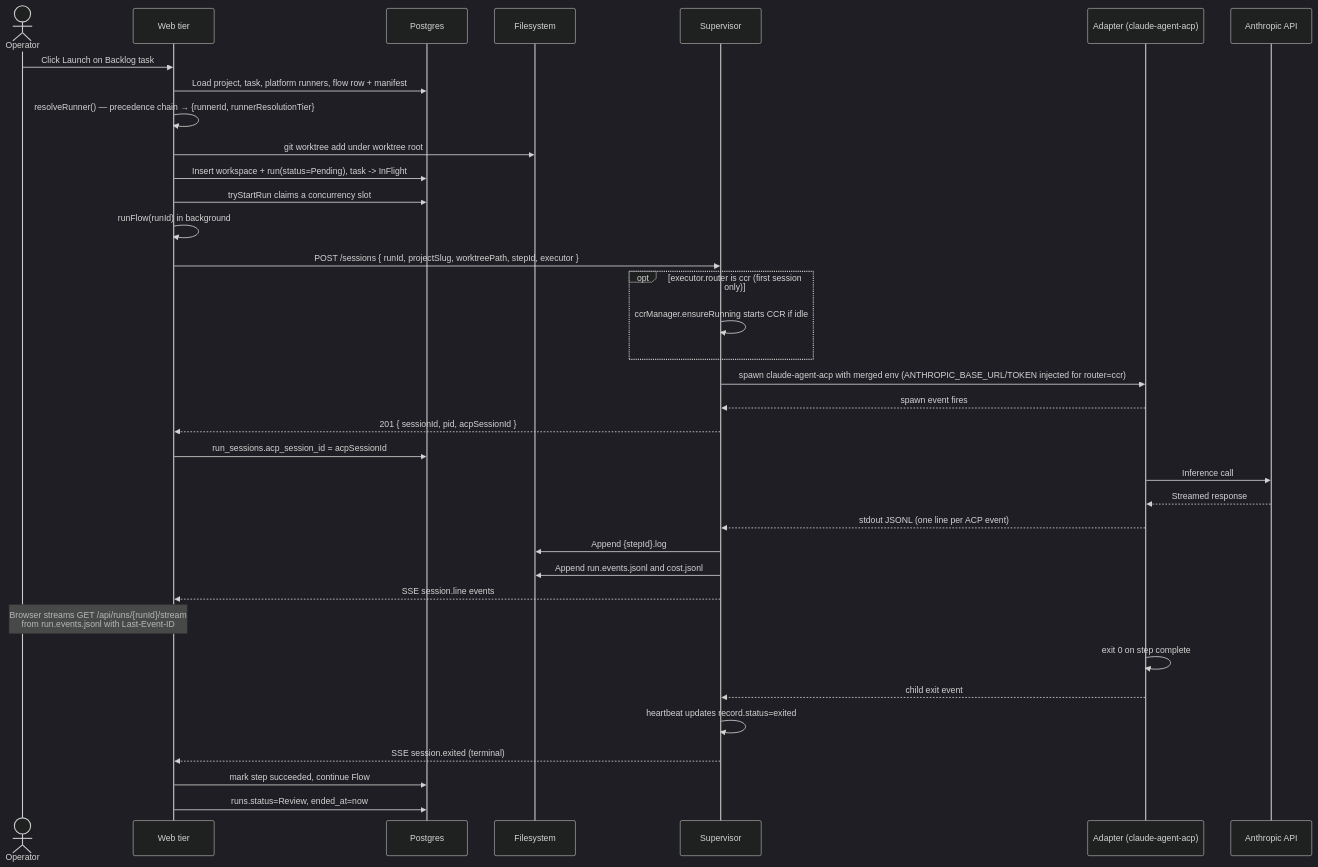
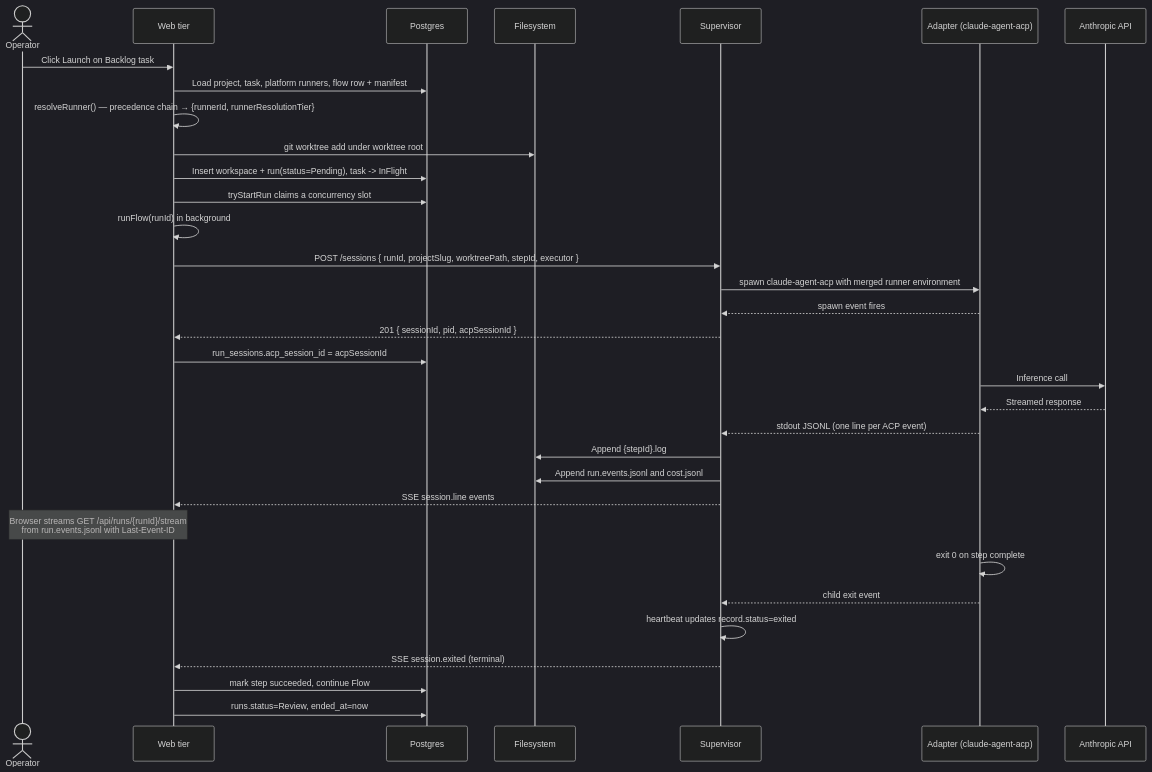
The fifth of 7 diagrams in docs/architecture.md (maister-dev/maister), drawn with Mermaid (dark theme) before and after one commit. The commit also changed other lines of this file and 228 other files, not shown here.

First line of the commit message:
feat(runners)!: remove managed Claude Code Router support

````diff
--- a/docs/architecture.md
+++ b/docs/architecture.md
@@ -315,42 +309,39 @@
 ```mermaid
 sequenceDiagram
     actor U as Operator
     participant W as Web tier
     participant DB as Postgres
     participant FS as Filesystem
     participant S as Supervisor
     participant A as Adapter (claude-agent-acp)
     participant LLM as Anthropic API
 
     U->>W: Click Launch on Backlog task
     W->>DB: Load project, task, platform runners, flow row + manifest
     W->>W: resolveRunner() — precedence chain → {runnerId, runnerResolutionTier}
     W->>FS: git worktree add under worktree root
     W->>DB: Insert workspace + run(status=Pending), task -> InFlight
     W->>DB: tryStartRun claims a concurrency slot
     W->>W: runFlow(runId) in background
     W->>S: POST /sessions { runId, projectSlug, worktreePath, stepId, executor }
-    opt executor.router is ccr (first session only)
-        S->>S: ccrManager.ensureRunning starts CCR if idle
-    end
-    S->>A: spawn claude-agent-acp with merged env (ANTHROPIC_BASE_URL/TOKEN injected for router=ccr)
+    S->>A: spawn claude-agent-acp with merged runner environment
     A-->>S: spawn event fires
     S-->>W: 201 { sessionId, pid, acpSessionId }
     W->>DB: run_sessions.acp_session_id = acpSessionId
 
     A->>LLM: Inference call
     LLM-->>A: Streamed response
     A-->>S: stdout JSONL (one line per ACP event)
     S->>FS: Append {stepId}.log
     S->>FS: Append run.events.jsonl and cost.jsonl
     S-->>W: SSE session.line events
 
     Note over U,W: Browser streams GET /api/runs/{runId}/stream<br/>from run.events.jsonl with Last-Event-ID
 
     A->>A: exit 0 on step complete
     A-->>S: child exit event
     S->>S: heartbeat updates record.status=exited
     S-->>W: SSE session.exited (terminal)
     W->>DB: mark step succeeded, continue Flow
     W->>DB: runs.status=Review, ended_at=now
 ```
````
